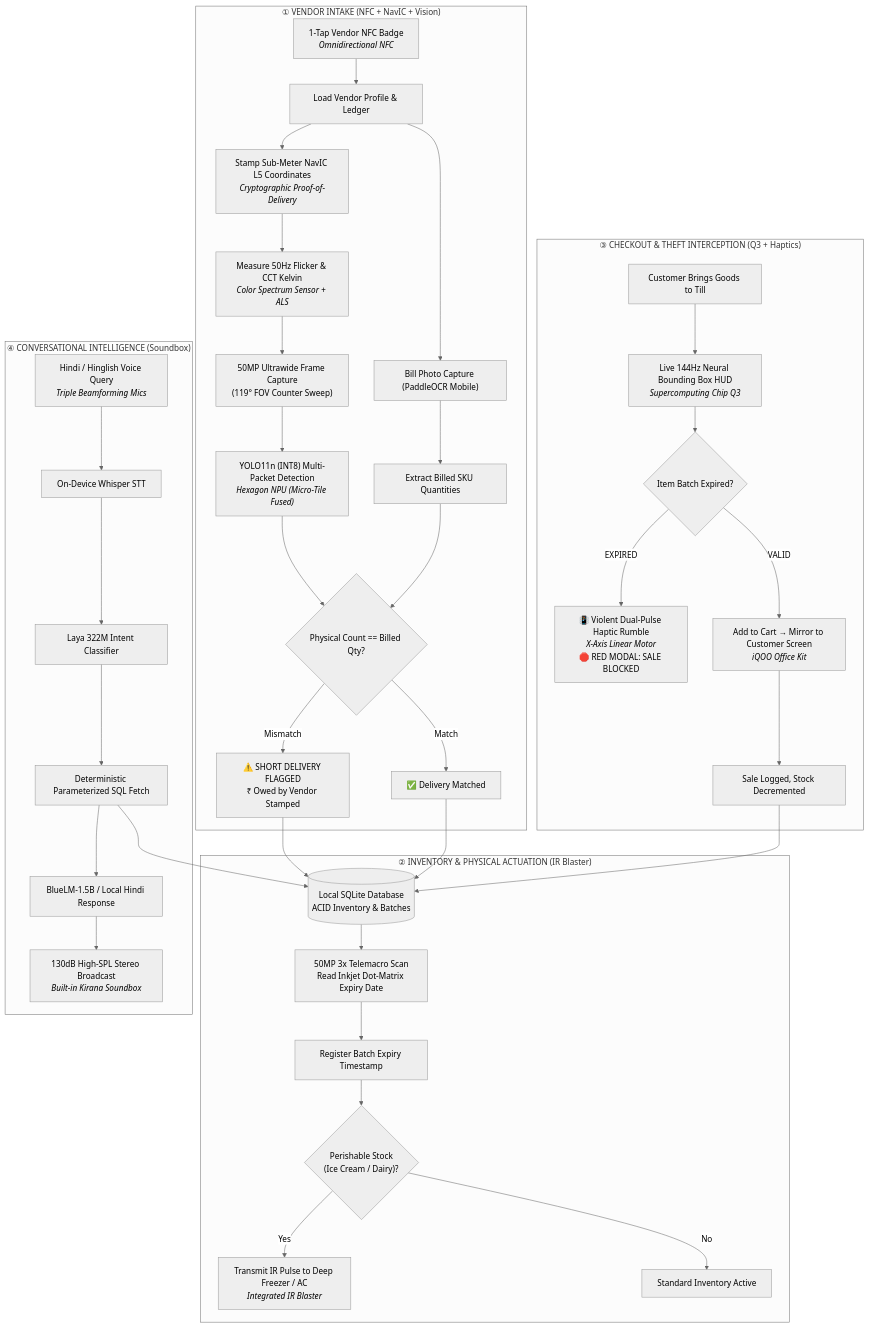
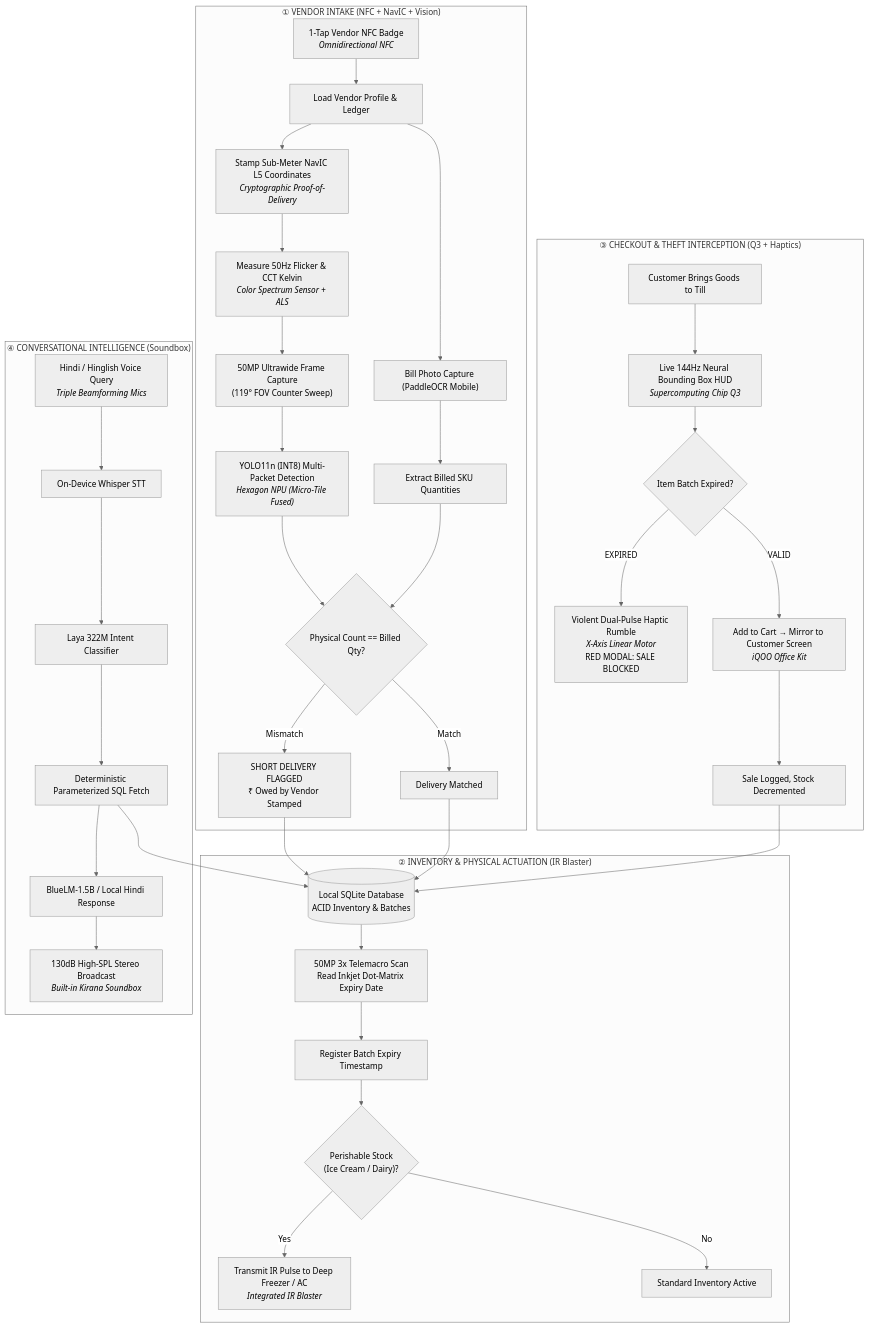
Before and after one commit to SanTiwari07/KiranaRakshak: the first of 3 diagrams in docs/01_pitch/Kirana_Rakshak.md, drawn with Mermaid (neutral theme). The commit also changed other lines of this file and 8 other files, not shown here.

````diff
--- a/docs/01_pitch/Kirana_Rakshak.md
+++ b/docs/01_pitch/Kirana_Rakshak.md
@@ -57,43 +57,43 @@
 ```mermaid
 flowchart TD
     subgraph S1["① VENDOR INTAKE (NFC + NavIC + Vision)"]
         NFC["1-Tap Vendor NFC Badge<br><i>Omnidirectional NFC</i>"] --> VPROF["Load Vendor Profile & Ledger"]
         VPROF --> NAVIC["Stamp Sub-Meter NavIC L5 Coordinates<br><i>Cryptographic Proof-of-Delivery</i>"]
         NAVIC --> ALS["Measure 50Hz Flicker & CCT Kelvin<br><i>Color Spectrum Sensor + ALS</i>"]
         ALS --> CAM1["50MP Ultrawide Frame Capture<br>(119° FOV Counter Sweep)"]
         CAM1 --> YOLO["YOLO11n (INT8) Multi-Packet Detection<br><i>Hexagon NPU (Micro-Tile Fused)</i>"]
         VPROF --> CAM2["Bill Photo Capture (PaddleOCR Mobile)"]
         CAM2 --> OCR["Extract Billed SKU Quantities"]
         YOLO & OCR --> RECON{"Physical Count == Billed Qty?"}
-        RECON -->|Mismatch| SHORT["⚠️ SHORT DELIVERY FLAGGED<br>₹ Owed by Vendor Stamped"]
-        RECON -->|Match| MATCH["✅ Delivery Matched"]
+        RECON -->|Mismatch| SHORT["SHORT DELIVERY FLAGGED<br>₹ Owed by Vendor Stamped"]
+        RECON -->|Match| MATCH["Delivery Matched"]
     end
 
     subgraph S2["② INVENTORY & PHYSICAL ACTUATION (IR Blaster)"]
         SHORT & MATCH --> SAVE[("Local SQLite Database<br>ACID Inventory & Batches")]
         SAVE --> PERI["50MP 3x Telemacro Scan<br>Read Inkjet Dot-Matrix Expiry Date"]
         PERI --> EXP_REG["Register Batch Expiry Timestamp"]
         EXP_REG --> IR{"Perishable Stock<br>(Ice Cream / Dairy)?"}
         IR -->|Yes| ACTUATE["Transmit IR Pulse to Deep Freezer / AC<br><i>Integrated IR Blaster</i>"]
         IR -->|No| IDLE["Standard Inventory Active"]
     end
 
     subgraph S3["③ CHECKOUT & THEFT INTERCEPTION (Q3 + Haptics)"]
         CUST["Customer Brings Goods to Till"] --> Q3_HUD["Live 144Hz Neural Bounding Box HUD<br><i>Supercomputing Chip Q3</i>"]
         Q3_HUD --> POS_CHK{"Item Batch Expired?"}
-        POS_CHK -->|EXPIRED| BUZZ["📳 Violent Dual-Pulse Haptic Rumble<br><i>X-Axis Linear Motor</i><br>🛑 RED MODAL: SALE BLOCKED"]
+        POS_CHK -->|EXPIRED| BUZZ["Violent Dual-Pulse Haptic Rumble<br><i>X-Axis Linear Motor</i><br>RED MODAL: SALE BLOCKED"]
         POS_CHK -->|VALID| ADD_CART["Add to Cart → Mirror to Customer Screen<br><i>iQOO Office Kit</i>"]
         ADD_CART --> SOLD["Sale Logged, Stock Decremented"]
     end
 
     subgraph S4["④ CONVERSATIONAL INTELLIGENCE (Soundbox)"]
         HINDI_Q["Hindi / Hinglish Voice Query<br><i>Triple Beamforming Mics</i>"] --> STT["On-Device Whisper STT"]
         STT --> LAYA["Laya 322M Intent Classifier"]
         LAYA --> SQL["Deterministic Parameterized SQL Fetch"]
         SQL --> SAVE
         SQL --> BLUE["BlueLM-1.5B / Local Hindi Response"]
         BLUE --> SBOX["130dB High-SPL Stereo Broadcast<br><i>Built-in Kirana Soundbox</i>"]
     end
 
     SOLD --> SAVE
 ```
````
